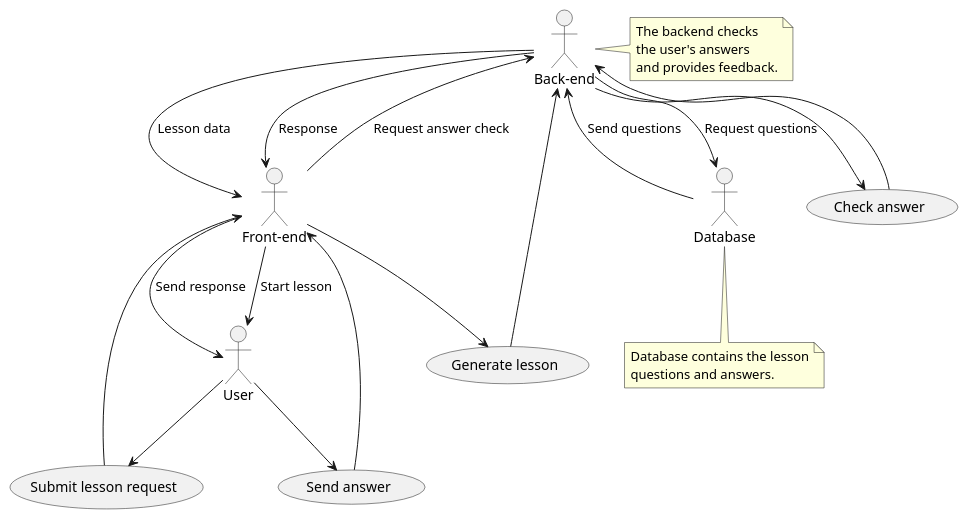
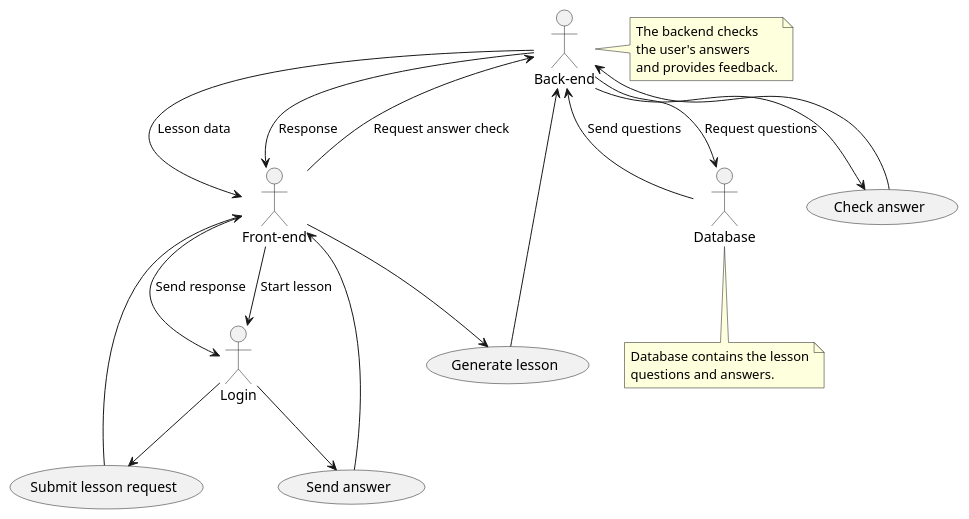
Before and after one commit to ArdentxX/LanguageApp: the diagram in Diagram2.puml, drawn with PlantUML. The commit also changed 13 other files, not shown here.

```diff
--- a/Diagram2.puml
+++ b/Diagram2.puml
@@ -1,39 +1,39 @@
 @startuml
-:User: as User
+:Login: as Login
 :Front-end: as Front
 :Back-end: as Back
 :Database: as DB
 
 (Submit lesson request) as (LessonRequest)
 (Generate lesson) as (GenerateLesson)
 (Send answer) as (SendAnswer)
 (Check answer) as (CheckAnswer)
 
-User --> (LessonRequest)
+Login --> (LessonRequest)
 (LessonRequest) --> Front
 Front --> (GenerateLesson)
 (GenerateLesson) --> Back
 Back --> DB : Request questions
 DB --> Back : Send questions
 Back --> Front : Lesson data
-Front --> User : Start lesson
-User --> (SendAnswer)
+Front --> Login : Start lesson
+Login --> (SendAnswer)
 (SendAnswer) --> Front
 Front --> Back : Request answer check
 Back --> (CheckAnswer)
 (CheckAnswer) --> Back
 Back --> Front : Response
-Front --> User : Send response
+Front --> Login : Send response
 
 note right of Back
 The backend checks
 the user's answers
 and provides feedback.
 end note
 
 note bottom of DB
 Database contains the lesson
 questions and answers.
 end note
 
 @enduml
```
